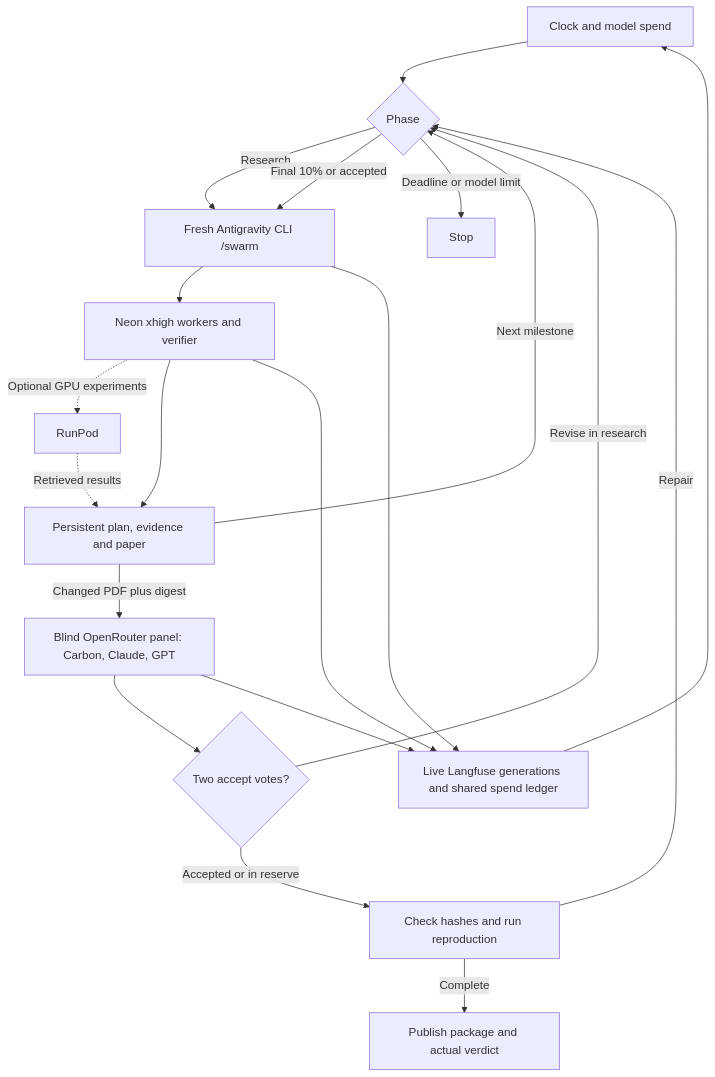
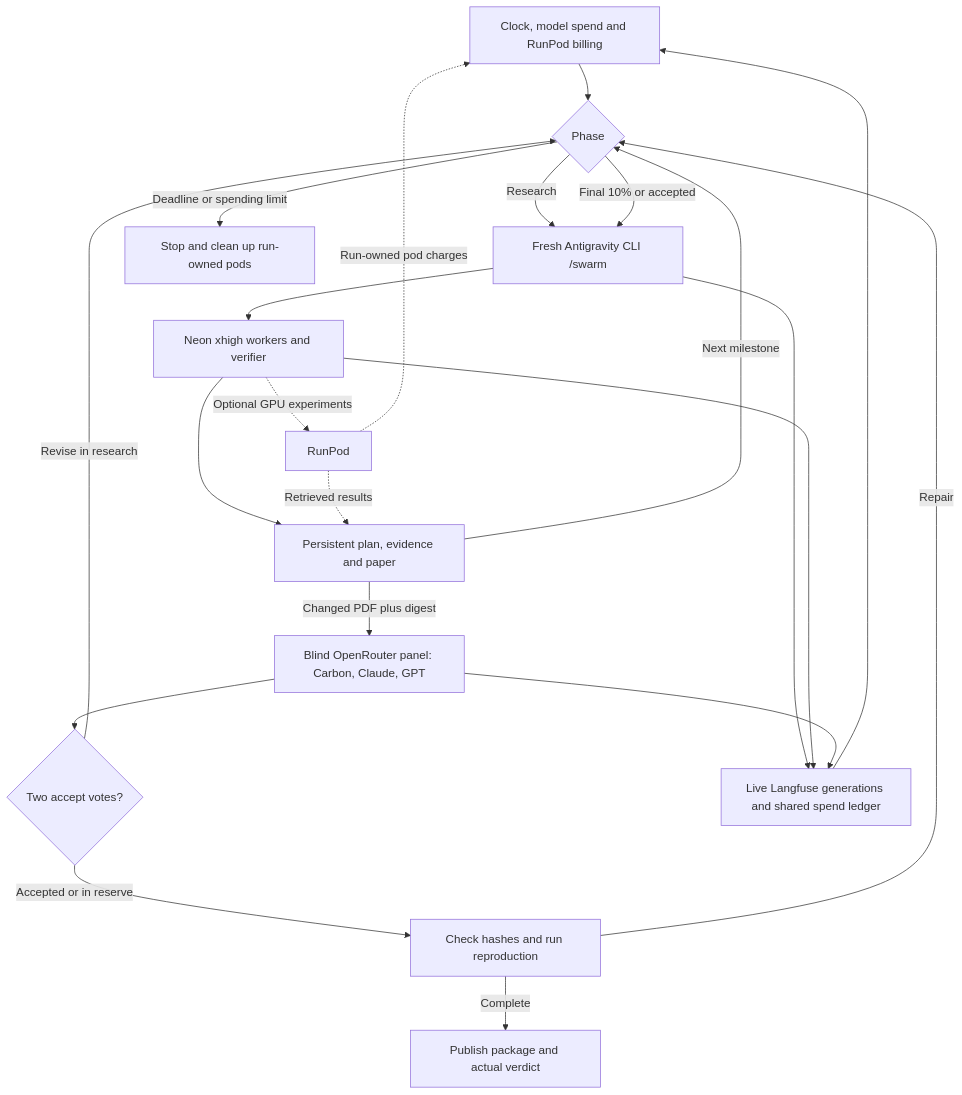
Before and after one commit to sage-princeton/crux-in-a-box: the diagram in experimental/tabpfn-antigravity/README.md, drawn with Mermaid. The commit also changed other lines of this file and 5 other files, not shown here.

````diff
--- a/experimental/tabpfn-antigravity/README.md
+++ b/experimental/tabpfn-antigravity/README.md
@@ -71,22 +17,23 @@
 ```mermaid
 flowchart TD
-    B[Clock and model spend] --> P{Phase}
+    B[Clock, model spend and RunPod billing] --> P{Phase}
     P -->|Research| C[Fresh Antigravity CLI /swarm]
     P -->|Final 10% or accepted| C
     C --> W[Neon xhigh workers and verifier]
     W -.->|Optional GPU experiments| G[RunPod]
     W --> A[Persistent plan, evidence and paper]
     G -.->|Retrieved results| A
+    G -.->|Run-owned pod charges| B
     A -->|Next milestone| P
     A -->|Changed PDF plus digest| J[Blind OpenRouter panel: Carbon, Claude, GPT]
     J --> D{Two accept votes?}
     D -->|Revise in research| P
     D -->|Accepted or in reserve| F[Check hashes and run reproduction]
     F -->|Repair| P
     F -->|Complete| O[Publish package and actual verdict]
-    P -->|Deadline or model limit| S[Stop]
+    P -->|Deadline or spending limit| S[Stop and clean up run-owned pods]
     C --> T[Live Langfuse generations and shared spend ledger]
     W --> T
     J --> T
     T --> B
 ```
````
